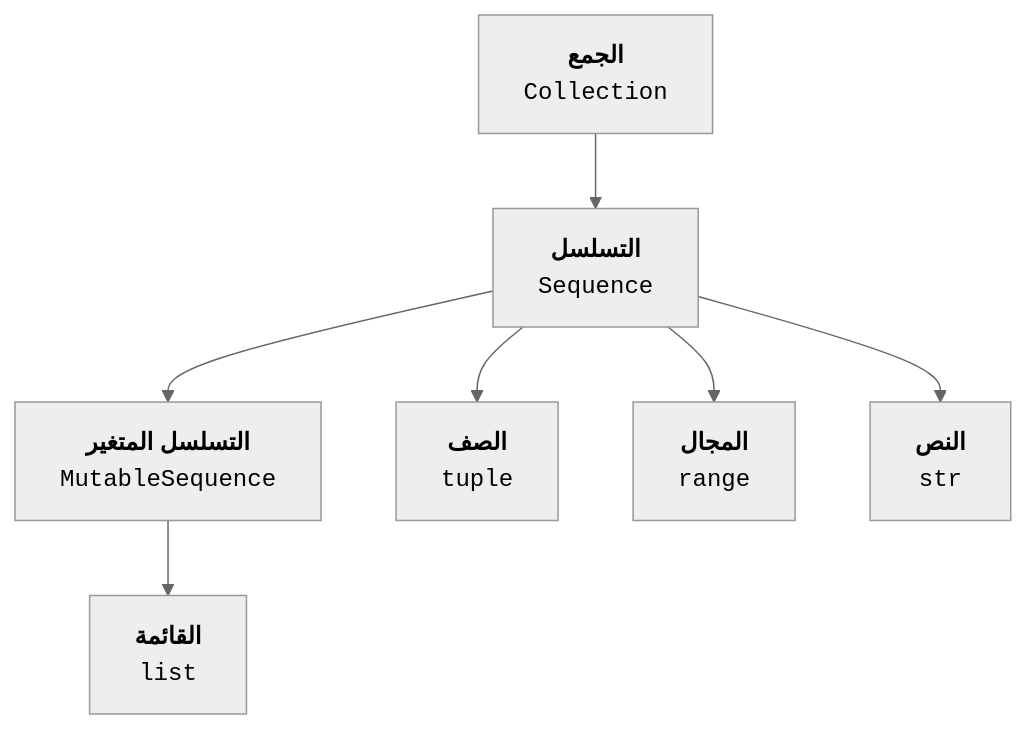
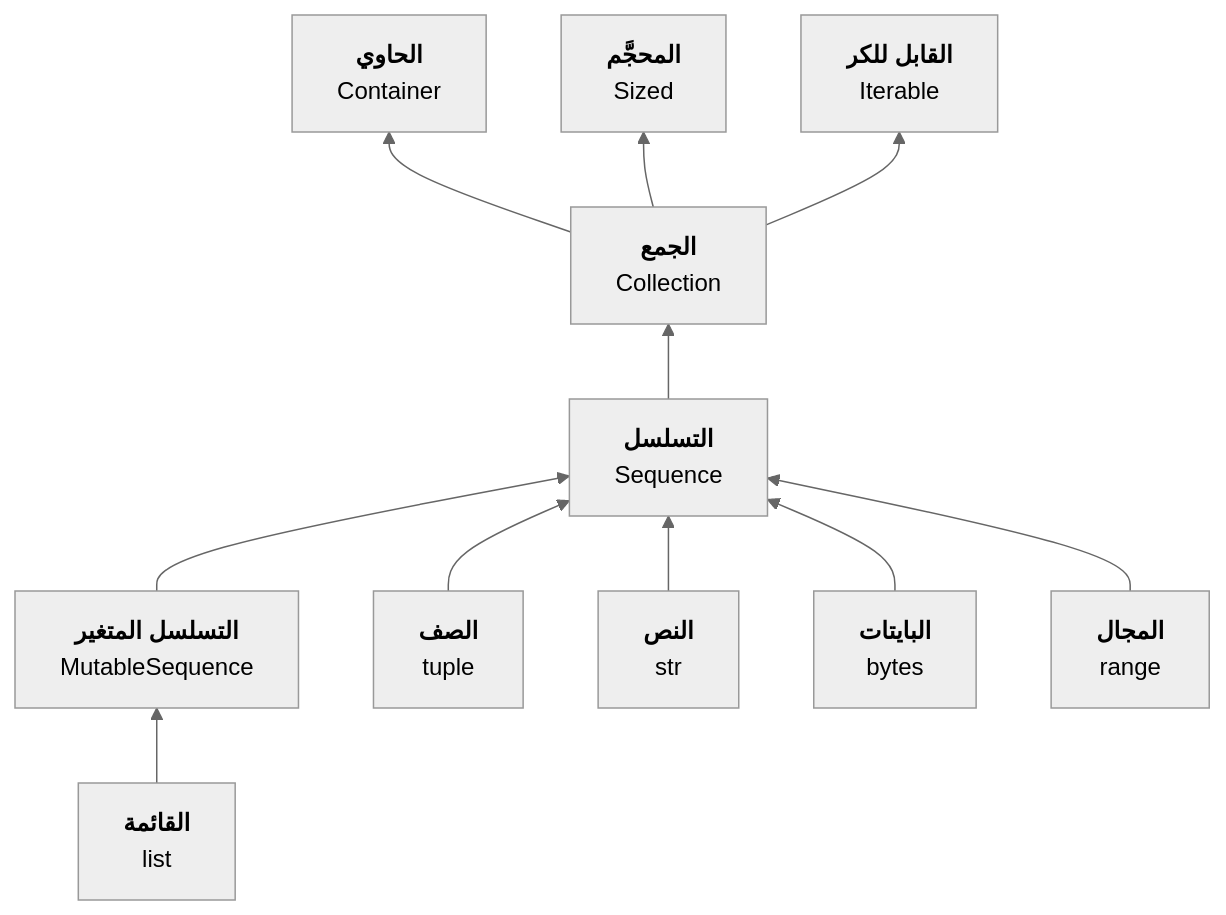
One commit to hanoufalmogri/python changed the first of 2 diagrams in book/chapters/05_sequences/a_sequences.qmd. Above: the diagram before and after it, drawn with Mermaid (neutral theme). The commit also changed other lines of this file, not shown here.

Commit message:
add sequences type hierarchy and built-in functions

````diff
--- a/book/chapters/05_sequences/a_sequences.qmd
+++ b/book/chapters/05_sequences/a_sequences.qmd
@@ -91,12 +10,26 @@
 ```{mermaid}
-%% | label: fig-sequences
-%% | fig-cap: شجرة أنواع التسلسل
-flowchart TD
-    Collection[<b>الجمع</b> <br> <code>Collection</code>]
-    Collection --> Sequence[<b>التسلسل</b> <br> <code>Sequence</code>]
-    Sequence --> MutableSequence[<b>التسلسل المتغير</b> <br> <code>MutableSequence</code>]
-    MutableSequence --> list[<b>القائمة</b> <br> <code>list</code>]
-    Sequence --> tuple[<b>الصف</b> <br> <code>tuple</code>]
-    Sequence --> range[<b>المجال</b> <br> <code>range</code>]
-    Sequence --> str[<b>النص</b> <br> <code>str</code>]
+flowchart BT
+    Container[<b>الحاوي</b><br>Container]
+    Sized[<b>المحجَّم</b><br>Sized]
+    Iterable[<b>القابل للكر</b><br>Iterable]
+    Sequence[<b>التسلسل</b><br>Sequence]
+    MutableSequence[<b>التسلسل المتغير</b><br>MutableSequence]
+    Collection[<b>الجمع</b><br>Collection]
+    Collection --> Container
+    Collection --> Sized
+    Collection --> Iterable
+    Sequence --> Collection
+    MutableSequence --> Sequence
+    
+    list[<b>القائمة</b><br>list]
+    list --> MutableSequence
+
+    tuple[<b>الصف</b><br>tuple]
+    tuple --> Sequence
+    str[<b>النص</b><br>str]
+    str --> Sequence
+    bytes[<b>البايتات</b><br>bytes]
+    bytes --> Sequence
+    range[<b>المجال</b><br>range]
+    range --> Sequence
 ```
````
